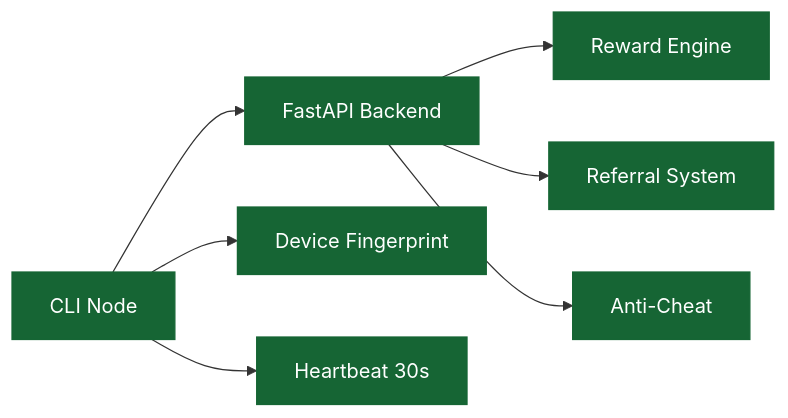
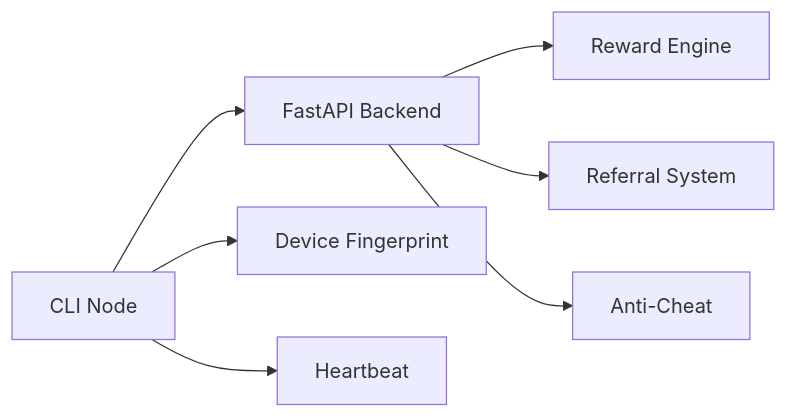
The second of 6 diagrams in roadmap.md (Nexora-Node/Docs), drawn with Mermaid before and after one commit. The commit also changed other lines of this file and 5 other files, not shown here.

Commit message:
docs: remove all custom styles, simplify diagrams for clean GitBook render

````diff
--- a/roadmap.md
+++ b/roadmap.md
@@ -43,17 +43,9 @@
 ```mermaid
 graph LR
     A[CLI Node] --> B[FastAPI Backend]
     B --> C[Reward Engine]
     B --> D[Referral System]
     B --> E[Anti-Cheat]
     A --> F[Device Fingerprint]
-    A --> G[Heartbeat 30s]
-
-    style A fill:#166534,stroke:#166534,color:#fff
-    style B fill:#166534,stroke:#166534,color:#fff
-    style C fill:#166534,stroke:#166534,color:#fff
-    style D fill:#166534,stroke:#166534,color:#fff
-    style E fill:#166534,stroke:#166534,color:#fff
-    style F fill:#166534,stroke:#166534,color:#fff
-    style G fill:#166534,stroke:#166534,color:#fff
+    A --> G[Heartbeat]
 ```
````
